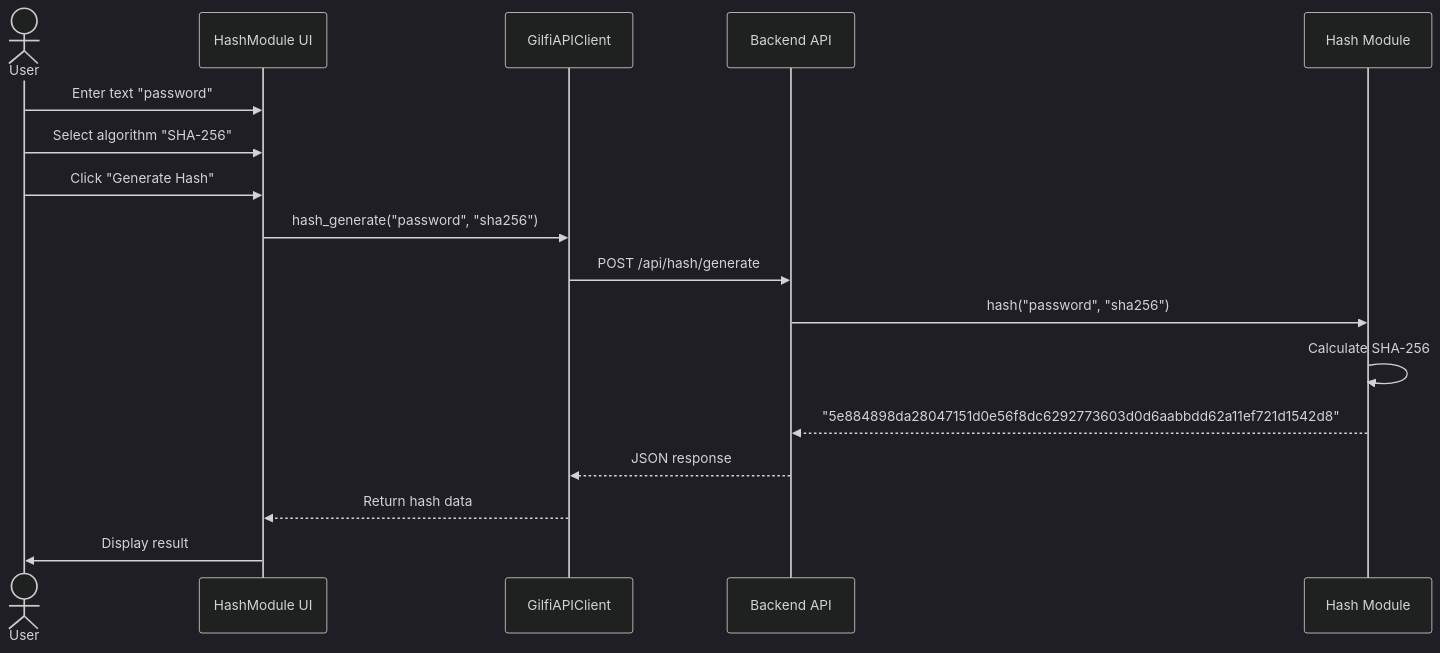
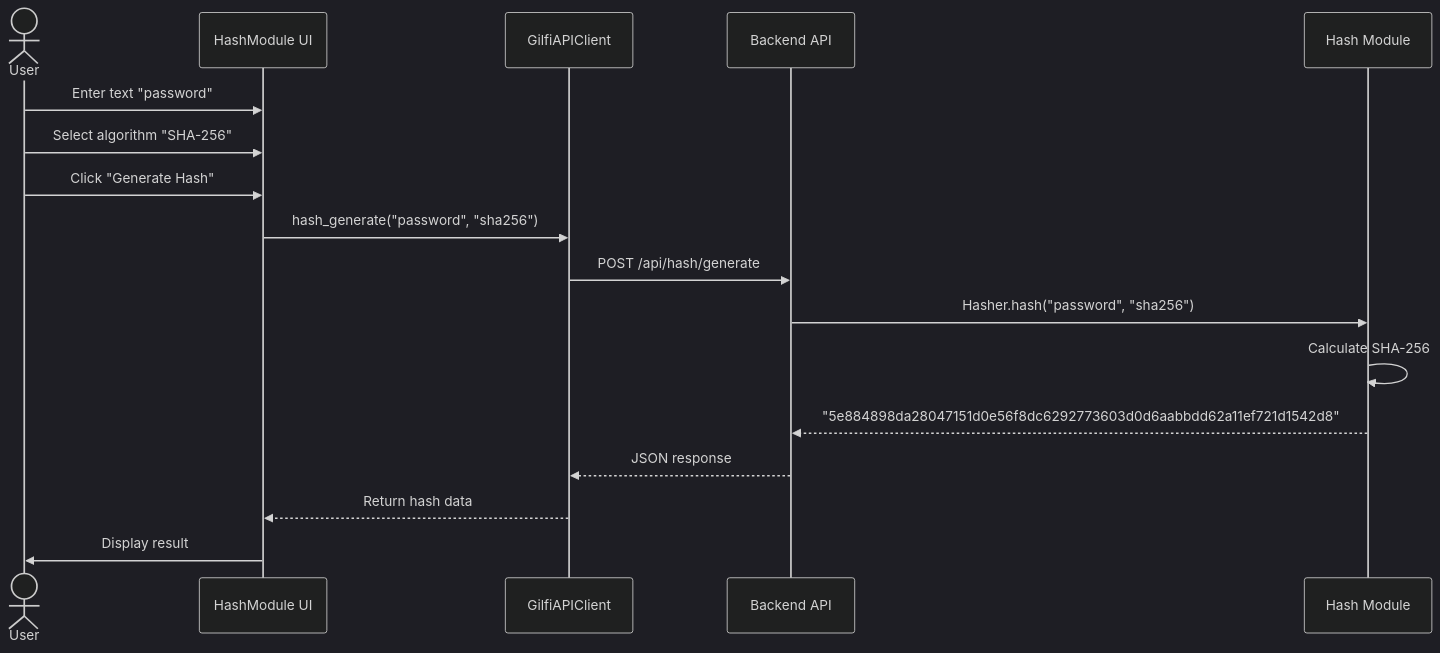
The fourth of 10 diagrams in README.md (Mr-Robotiko/Gilfi), drawn with Mermaid (dark theme) before and after one commit. The commit also changed other lines of this file, not shown here.

````diff
--- a/README.md
+++ b/README.md
@@ -320,23 +295,23 @@
 ```mermaid
 sequenceDiagram
     actor User
     participant UI as HashModule UI
     participant API as GilfiAPIClient
     participant BE as Backend API
     participant Hasher as Hash Module
     
     User->>UI: Enter text "password"
     User->>UI: Select algorithm "SHA-256"
     User->>UI: Click "Generate Hash"
     
     UI->>API: hash_generate("password", "sha256")
     API->>BE: POST /api/hash/generate
     
-    BE->>Hasher: hash("password", "sha256")
+    BE->>Hasher: Hasher.hash("password", "sha256")
     Hasher->>Hasher: Calculate SHA-256
     Hasher-->>BE: "5e884898da28047151d0e56f8dc6292773603d0d6aabbdd62a11ef721d1542d8"
     
     BE-->>API: JSON response
     API-->>UI: Return hash data
     UI->>User: Display result
 ```
````
